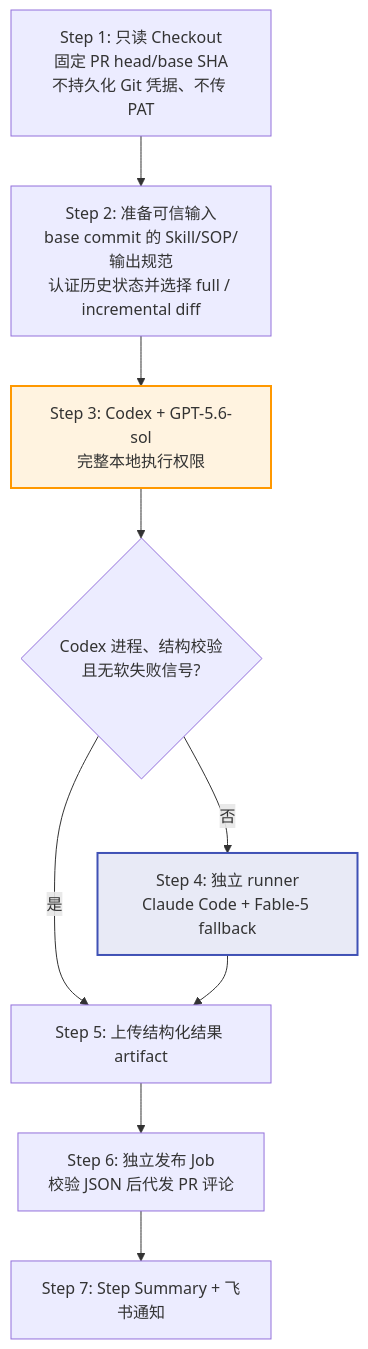
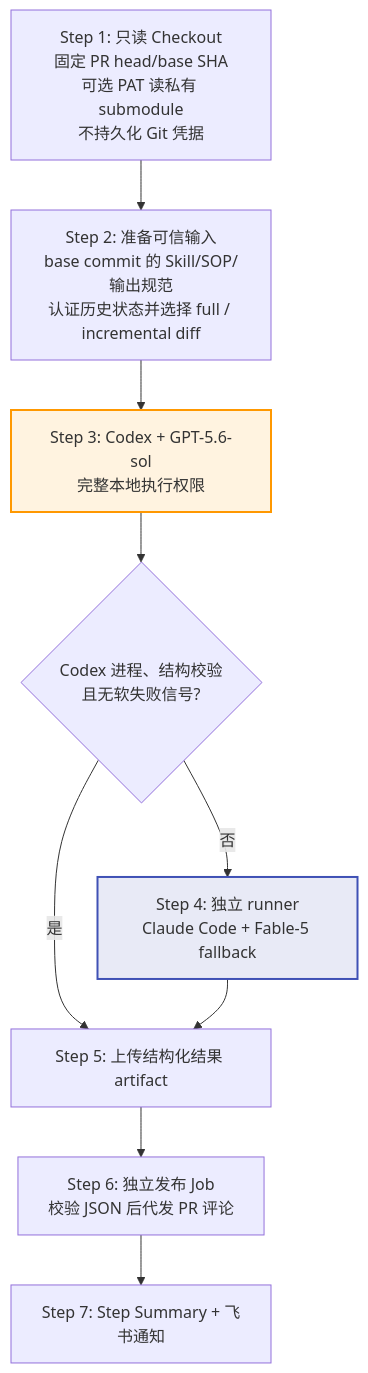
Before and after one commit to Lightspeed-Intelligence/agentic-workflow-template: the fourth of 13 diagrams in docs/code-review-design.md, drawn with Mermaid. The commit also changed other lines of this file and 7 other files, not shown here.

Commit message:
fix(pr-review): restore private submodule checkout

````diff
--- a/docs/code-review-design.md
+++ b/docs/code-review-design.md
@@ -124,19 +124,19 @@
 ```mermaid
 flowchart TD
-    A["Step 1: 只读 Checkout<br/>固定 PR head/base SHA<br/>不持久化 Git 凭据、不传 PAT"]
+    A["Step 1: 只读 Checkout<br/>固定 PR head/base SHA<br/>可选 PAT 读私有 submodule<br/>不持久化 Git 凭据"]
     B["Step 2: 准备可信输入<br/>base commit 的 Skill/SOP/输出规范<br/>认证历史状态并选择 full / incremental diff"]
     C["Step 3: Codex + GPT-5.6-sol<br/>完整本地执行权限"]
     D{"Codex 进程、结构校验<br/>且无软失败信号?"}
     E["Step 4: 独立 runner<br/>Claude Code + Fable-5 fallback"]
     F["Step 5: 上传结构化结果 artifact"]
     G["Step 6: 独立发布 Job<br/>校验 JSON 后代发 PR 评论"]
     H["Step 7: Step Summary + 飞书通知"]
 
     A --> B --> C --> D
     D -->|是| F
     D -->|否| E --> F
     F --> G --> H
 
     style C fill:#fff3e0,stroke:#FF9800,stroke-width:2px
     style E fill:#e8eaf6,stroke:#3F51B5,stroke-width:2px
 ```
````
